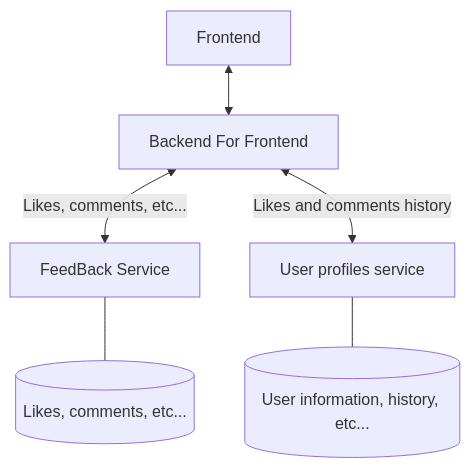
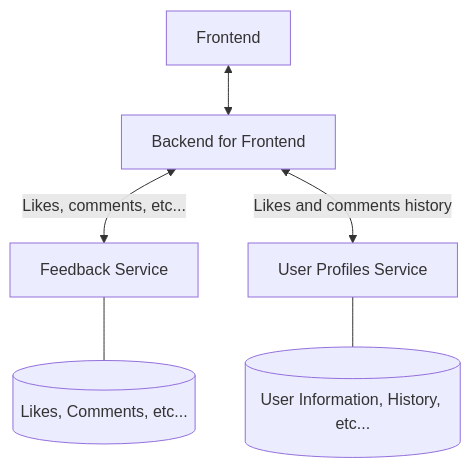
The ninth of 12 diagrams in docs/README.md (kevthunder/Vention-system-design-assessment), drawn with Mermaid before and after one commit. The commit also changed other lines of this file and 1 other file, not shown here.

````diff
--- a/docs/README.md
+++ b/docs/README.md
@@ -224,14 +229,14 @@
 ```mermaid
 flowchart TD
     Frontend[Frontend]
-    BFF[Backend For Frontend]
+    BFF[Backend for Frontend]
     Frontend <--> BFF
 
-    FeedBack[FeedBack Service]
-    FeedBackDB[("Likes, comments, etc...")]
-    BFF -- "Likes, comments, etc..." <--> FeedBack --- FeedBackDB
+    Feedback[Feedback Service]
+    FeedbackDb[(Likes, Comments, etc...)]
+    BFF -- "Likes, comments, etc..." <--> Feedback --- FeedbackDb
 
-    User[User profiles service]
-    UserDB[(User information, history, etc...)]
-    BFF -- Likes and comments history <--> User --- UserDB
+    User[User Profiles Service]
+    UserDb[(User Information, History, etc...)]
+    BFF -- Likes and comments history <--> User --- UserDb
 ```
````
